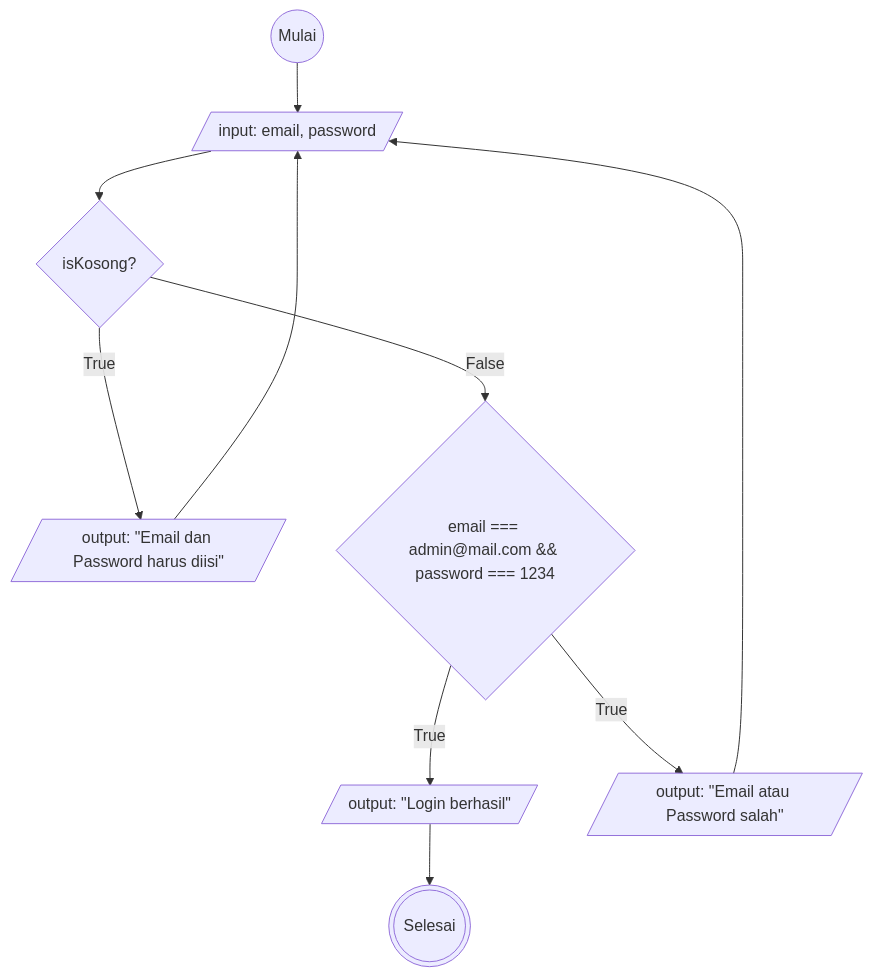
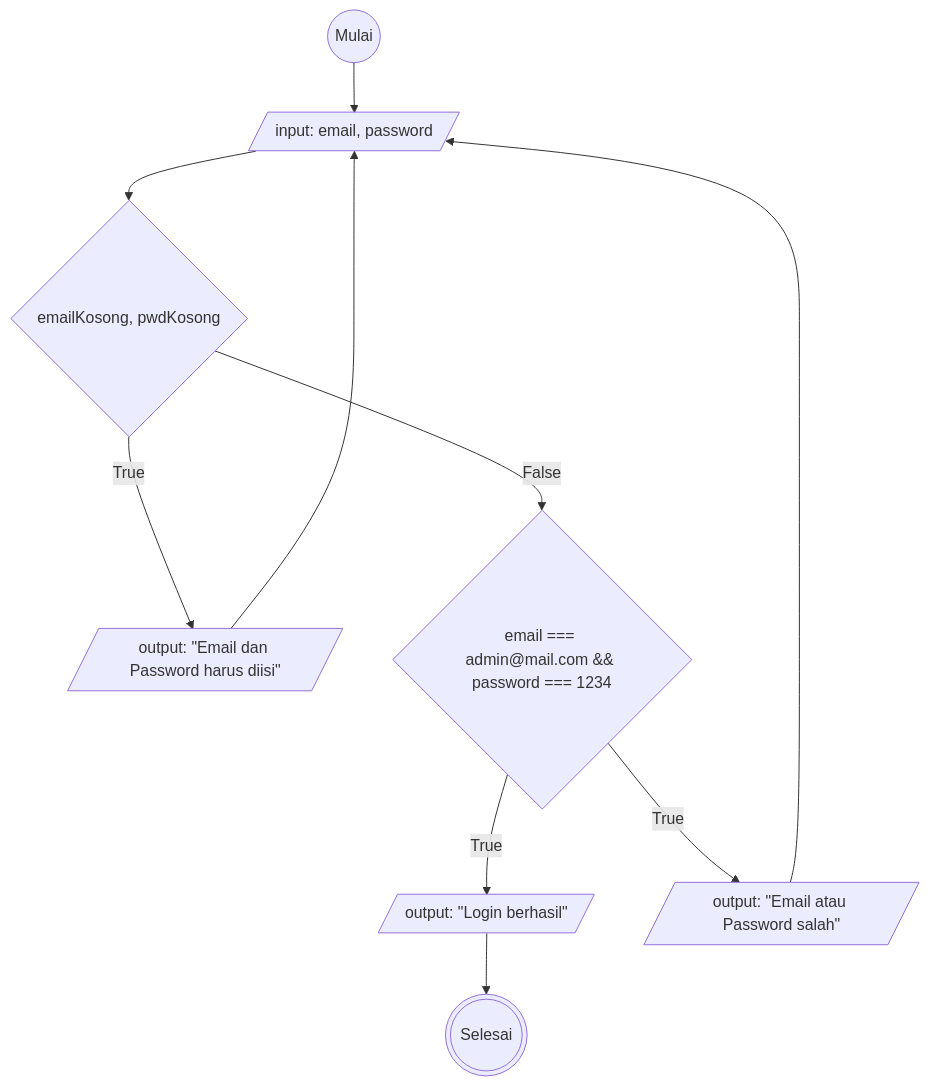
One commit to Arif14377/koda-b6-algoritma changed the diagram in flowchart-email-password.md. Above: the diagram before and after it, drawn with Mermaid.

````diff
--- a/flowchart-email-password.md
+++ b/flowchart-email-password.md
@@ -1,21 +1,21 @@
 ```mermaid
 flowchart TD
 start@{shape: circle, label: "Mulai"}
 input@{ shape: lean-r, label: "input: email, password"}
-decisionIsi@{ shape: diamond, label: "isKosong?" }
+decisionIsi@{ shape: diamond, label: "emailKosong, pwdKosong" }
 outputKosong@{ shape: lean-r, label: 'output: "Email dan Password harus diisi"'}
 decisionLogin@{ shape: diamond, label: "email === admin@mail.com && password === 1234" }
 outputBerhasil@{ shape: lean-r, label: 'output: "Login berhasil"'}
 outputGagal@{ shape: lean-r, label: 'output: "Email atau Password salah"'}
 stop@{shape: dbl-circ, label: "Selesai"}
 
 start-->input
 input-->decisionIsi
 decisionIsi--True-->outputKosong
 outputKosong-->input
 decisionIsi--False-->decisionLogin
 decisionLogin--True-->outputBerhasil
 decisionLogin--True-->outputGagal
 outputGagal-->input
 outputBerhasil-->stop
 ```
````
